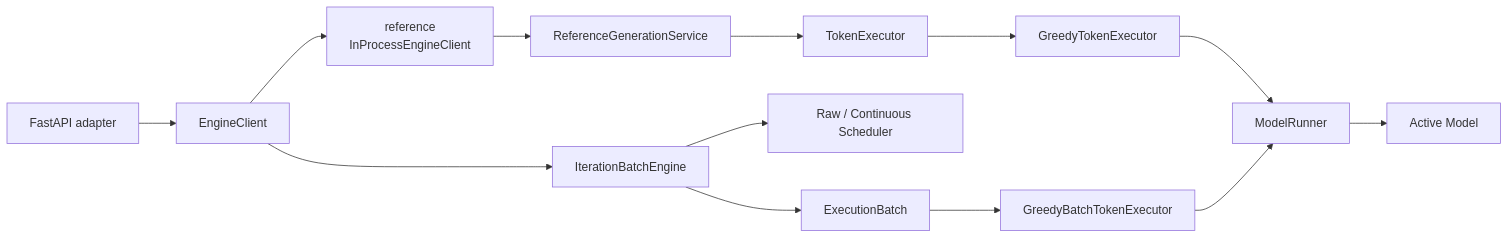
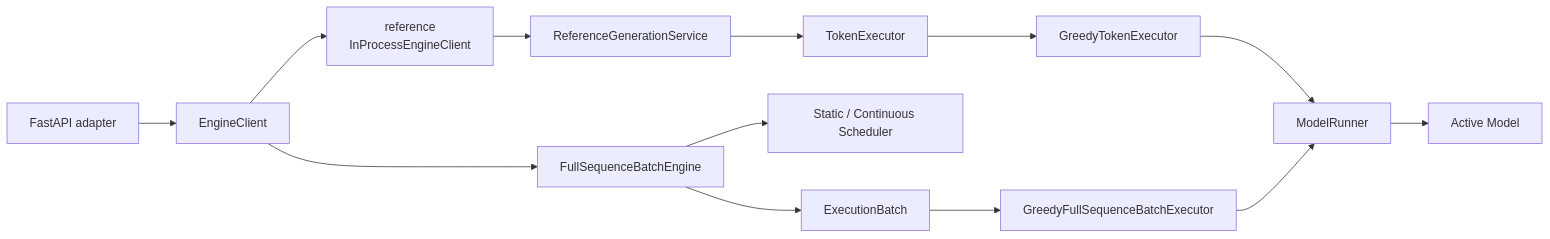
The eighth of 11 diagrams in docs/design.md (poorpaper/light-vllm), drawn with Mermaid before and after one commit. The commit also changed other lines of this file and 15 other files, not shown here.

Commit message:
refactor: clarify full-sequence batching names

````diff
--- a/docs/design.md
+++ b/docs/design.md
@@ -327,15 +329,15 @@
 ```mermaid
 flowchart LR
     HTTP["FastAPI adapter"] --> Client["EngineClient"]
     Client --> Local["reference<br/>InProcessEngineClient"]
     Local --> Reference["ReferenceGenerationService"]
     Reference --> Executor["TokenExecutor"]
     Executor --> LocalExecutor["GreedyTokenExecutor"]
     LocalExecutor --> Runner["ModelRunner"]
-    Client --> Batched["IterationBatchEngine"]
-    Batched --> Scheduler["Raw / Continuous Scheduler"]
+    Client --> Batched["FullSequenceBatchEngine"]
+    Batched --> Scheduler["Static / Continuous Scheduler"]
     Batched --> ExecutionBatch["ExecutionBatch"]
-    ExecutionBatch --> BatchExecutor["GreedyBatchTokenExecutor"]
+    ExecutionBatch --> BatchExecutor["GreedyFullSequenceBatchExecutor"]
     BatchExecutor --> Runner
     Runner --> Model["Active Model"]
 ```
````
